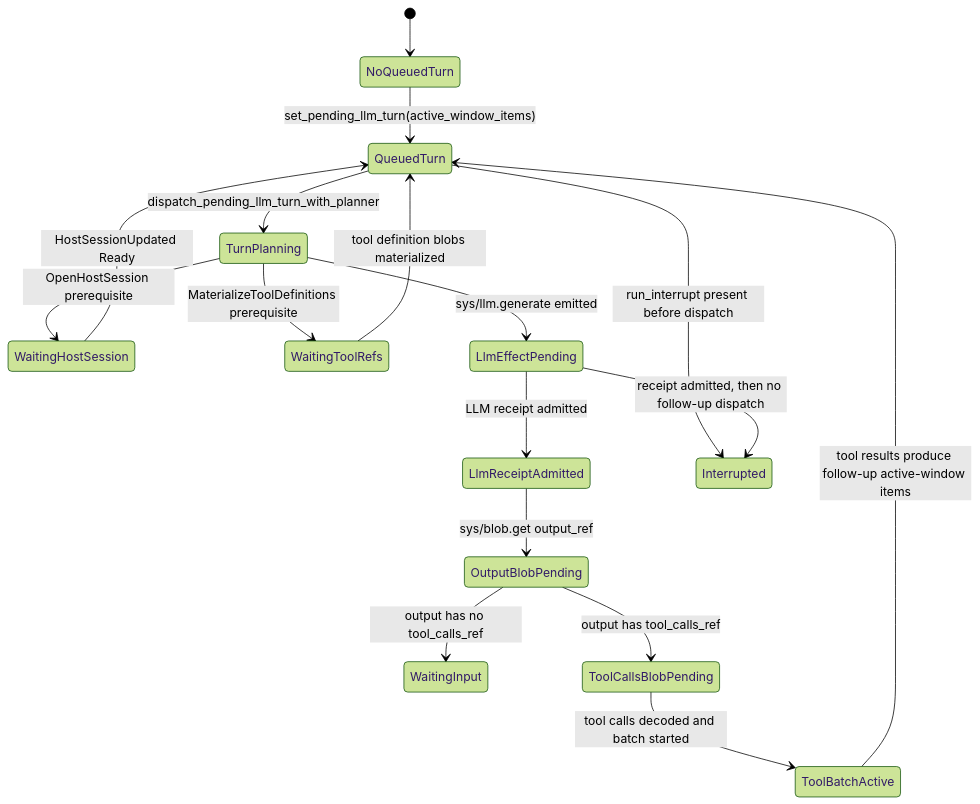
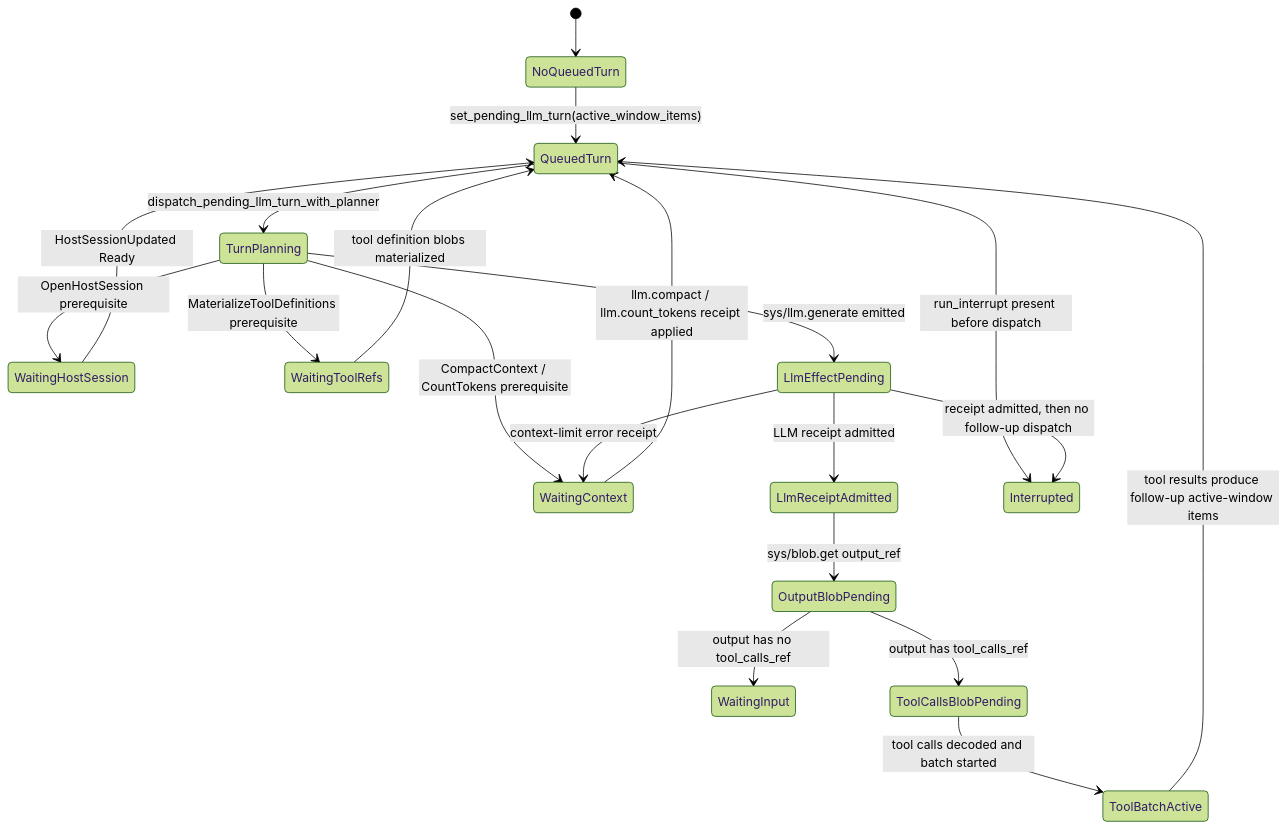
Before and after one commit to smartcomputer-ai/agent-os: the tenth of 25 diagrams in roadmap/v0.30-agent/visual-guide.md, drawn with Mermaid (forest theme). The commit also changed other lines of this file, not shown here.

````diff
--- a/roadmap/v0.30-agent/visual-guide.md
+++ b/roadmap/v0.30-agent/visual-guide.md
@@ -706,22 +772,25 @@
 ```mermaid
 stateDiagram-v2
   [*] --> NoQueuedTurn
 
   NoQueuedTurn --> QueuedTurn: set_pending_llm_turn(active_window_items)
 
   QueuedTurn --> TurnPlanning: dispatch_pending_llm_turn_with_planner
   TurnPlanning --> WaitingHostSession: OpenHostSession prerequisite
   WaitingHostSession --> QueuedTurn: HostSessionUpdated Ready
   TurnPlanning --> WaitingToolRefs: MaterializeToolDefinitions prerequisite
   WaitingToolRefs --> QueuedTurn: tool definition blobs materialized
+  TurnPlanning --> WaitingContext: CompactContext / CountTokens prerequisite
+  WaitingContext --> QueuedTurn: llm.compact / llm.count_tokens receipt applied
   TurnPlanning --> LlmEffectPending: sys/llm.generate emitted
   LlmEffectPending --> LlmReceiptAdmitted: LLM receipt admitted
+  LlmEffectPending --> WaitingContext: context-limit error receipt
   LlmReceiptAdmitted --> OutputBlobPending: sys/blob.get output_ref
   OutputBlobPending --> WaitingInput: output has no tool_calls_ref
   OutputBlobPending --> ToolCallsBlobPending: output has tool_calls_ref
   ToolCallsBlobPending --> ToolBatchActive: tool calls decoded and batch started
   ToolBatchActive --> QueuedTurn: tool results produce follow-up active-window items
 
   QueuedTurn --> Interrupted: run_interrupt present before dispatch
   LlmEffectPending --> Interrupted: receipt admitted, then no follow-up dispatch
 ```
````
